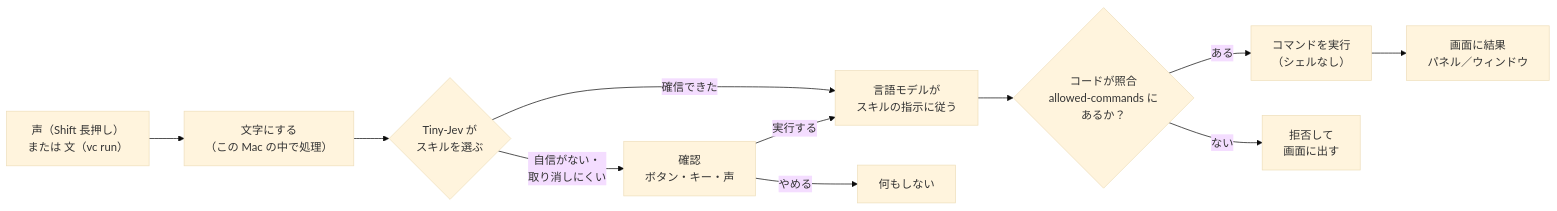
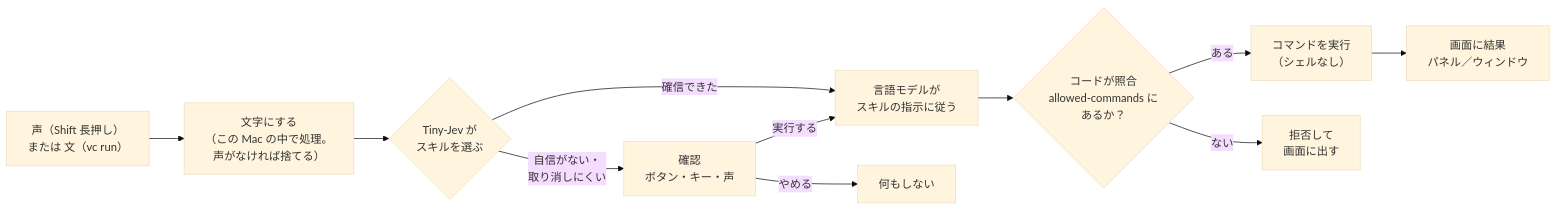
One commit to takemo101/voice-control changed the first of 3 diagrams in README.md. Above: the diagram before and after it, drawn with Mermaid (base theme). The commit also changed other lines of this file and 39 other files, not shown here.

````diff
--- a/README.md
+++ b/README.md
@@ -66,13 +67,13 @@
 ```mermaid
 flowchart LR
-    A["声（Shift 長押し）<br/>または 文（vc run）"] --> B["文字にする<br/>（この Mac の中で処理）"]
+    A["声（Shift 長押し）<br/>または 文（vc run）"] --> B["文字にする<br/>（この Mac の中で処理。<br/>声がなければ捨てる）"]
     B --> C{"Tiny-Jev が<br/>スキルを選ぶ"}
     C -->|"確信できた"| E["言語モデルが<br/>スキルの指示に従う"]
     C -->|"自信がない・<br/>取り消しにくい"| D["確認<br/>ボタン・キー・声"]
     D -->|"実行する"| E
     D -->|"やめる"| X["何もしない"]
     E --> F{"コードが照合<br/>allowed-commands に<br/>あるか？"}
     F -->|"ある"| G["コマンドを実行<br/>（シェルなし）"]
     F -->|"ない"| H["拒否して<br/>画面に出す"]
     G --> I["画面に結果<br/>パネル／ウィンドウ"]
 ```
````
